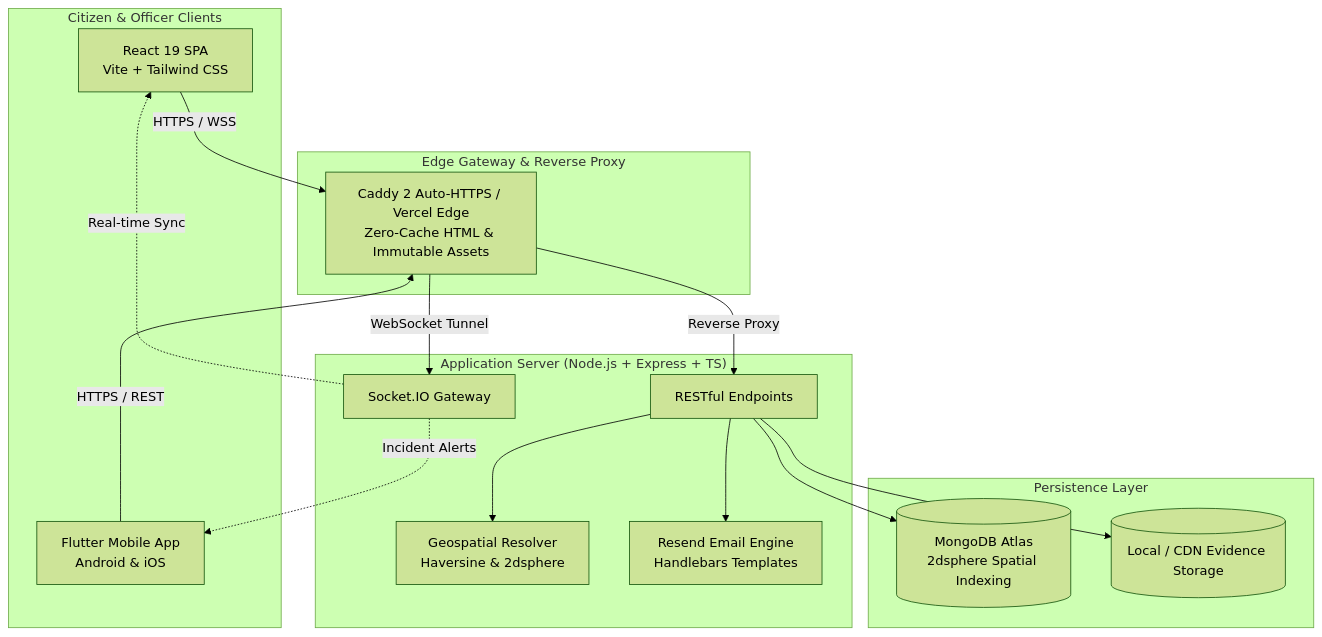
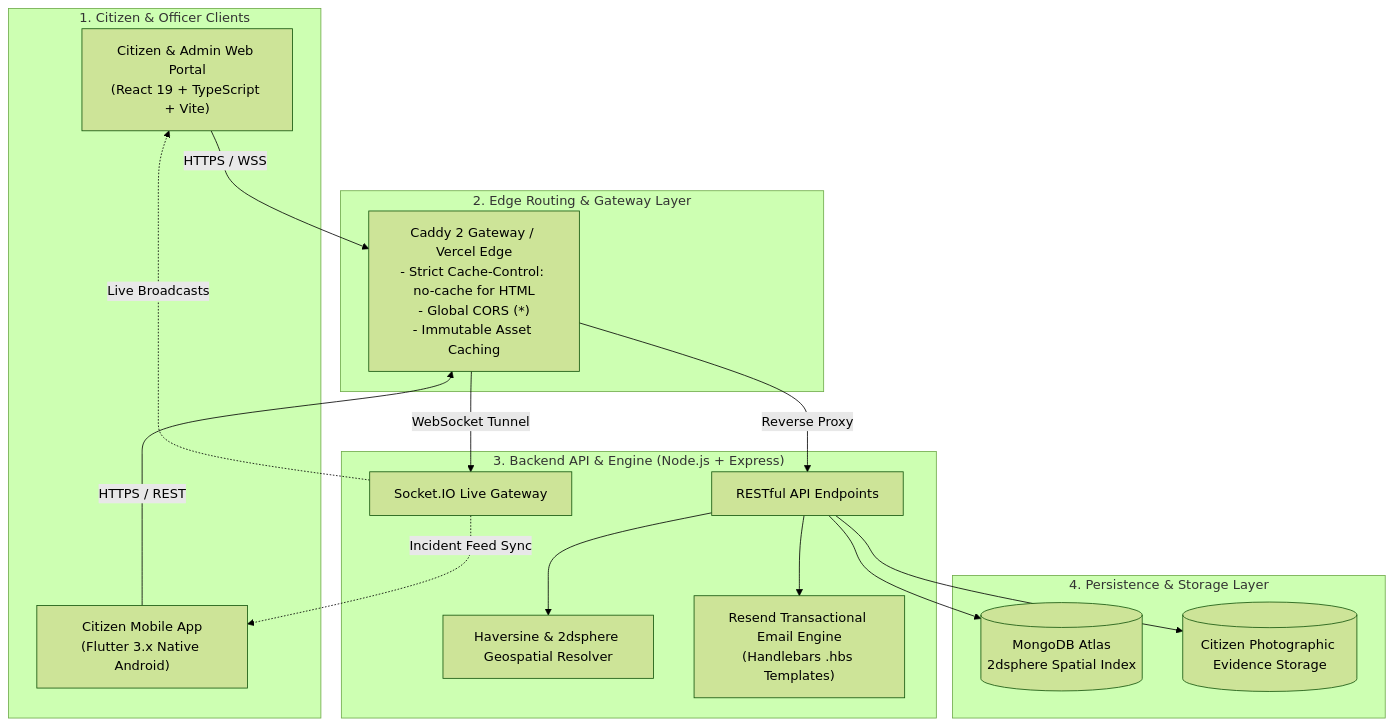
One commit to bhuvnesh-nama/shtca changed the diagram in README.md. Above: the diagram before and after it, drawn with Mermaid (forest theme). The commit also changed other lines of this file and 1 other file, not shown here.

````diff
--- a/README.md
+++ b/README.md
@@ -24,34 +51,34 @@
 ```mermaid
 flowchart TB
-    subgraph Clients["Citizen & Officer Clients"]
-        Web[React 19 SPA<br/>Vite + Tailwind CSS]
-        Mobile[Flutter Mobile App<br/>Android & iOS]
+    subgraph Clients["1. Citizen & Officer Clients"]
+        Web["Citizen & Admin Web Portal<br/>(React 19 + TypeScript + Vite)"]
+        Mobile["Citizen Mobile App<br/>(Flutter 3.x Native Android)"]
     end
 
-    subgraph Gateway["Edge Gateway & Reverse Proxy"]
-        Caddy[Caddy 2 Auto-HTTPS / Vercel Edge<br/>Zero-Cache HTML & Immutable Assets]
+    subgraph Edge["2. Edge Routing & Gateway Layer"]
+        Caddy["Caddy 2 Gateway / Vercel Edge<br/>- Strict Cache-Control: no-cache for HTML<br/>- Global CORS (*)<br/>- Immutable Asset Caching"]
     end
 
-    subgraph Backend["Application Server (Node.js + Express + TS)"]
-        API[RESTful Endpoints]
-        Sockets[Socket.IO Gateway]
-        Spatial[Geospatial Resolver<br/>Haversine & 2dsphere]
-        Mailer[Resend Email Engine<br/>Handlebars Templates]
+    subgraph Backend["3. Backend API & Engine (Node.js + Express)"]
+        Router["RESTful API Endpoints"]
+        Geo["Haversine & 2dsphere Geospatial Resolver"]
+        SocketEngine["Socket.IO Live Gateway"]
+        EmailEngine["Resend Transactional Email Engine<br/>(Handlebars .hbs Templates)"]
     end
 
-    subgraph Storage["Persistence Layer"]
-        Mongo[(MongoDB Atlas<br/>2dsphere Spatial Indexing)]
-        Evidence[(Local / CDN Evidence Storage)]
+    subgraph DB["4. Persistence & Storage Layer"]
+        MongoDB[("MongoDB Atlas<br/>2dsphere Spatial Index")]
+        Uploads[("Citizen Photographic Evidence Storage")]
     end
 
     Web -->|HTTPS / WSS| Caddy
     Mobile -->|HTTPS / REST| Caddy
-    Caddy -->|Reverse Proxy| API
-    Caddy -->|WebSocket Tunnel| Sockets
-    API --> Spatial
-    API --> Mailer
-    API --> Mongo
-    API --> Evidence
-    Sockets -.->|Real-time Sync| Web
-    Sockets -.->|Incident Alerts| Mobile
+    Caddy -->|Reverse Proxy| Router
+    Caddy -->|WebSocket Tunnel| SocketEngine
+    Router --> Geo
+    Router --> EmailEngine
+    Router --> MongoDB
+    Router --> Uploads
+    SocketEngine -.->|Live Broadcasts| Web
+    SocketEngine -.->|Incident Feed Sync| Mobile
 ```
````
